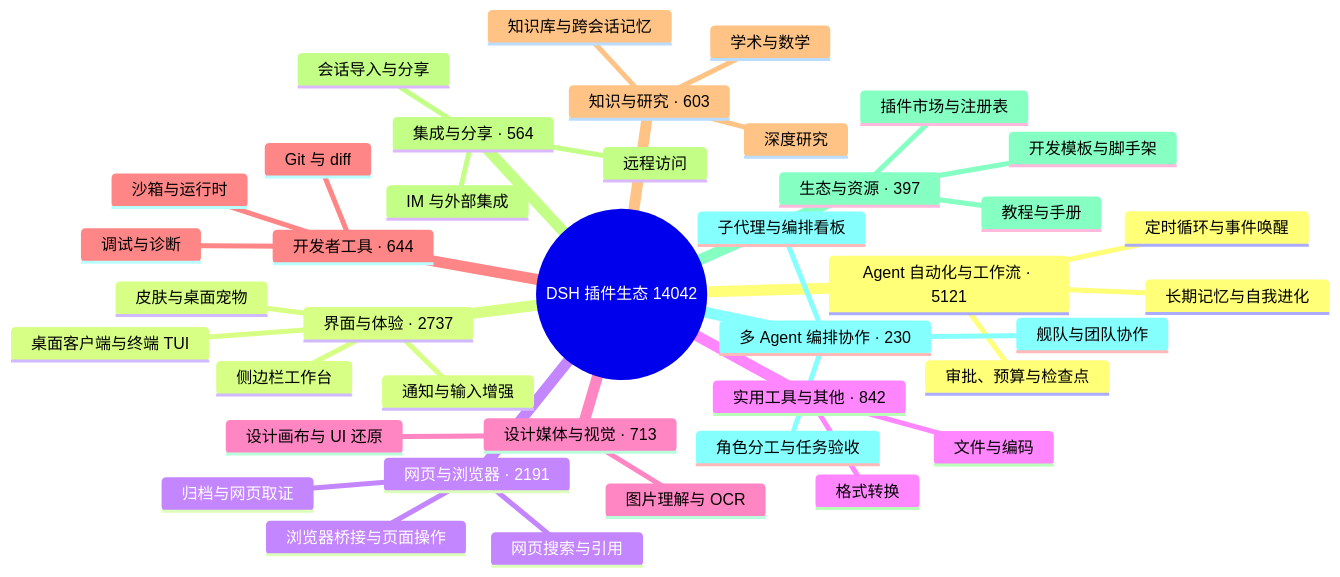
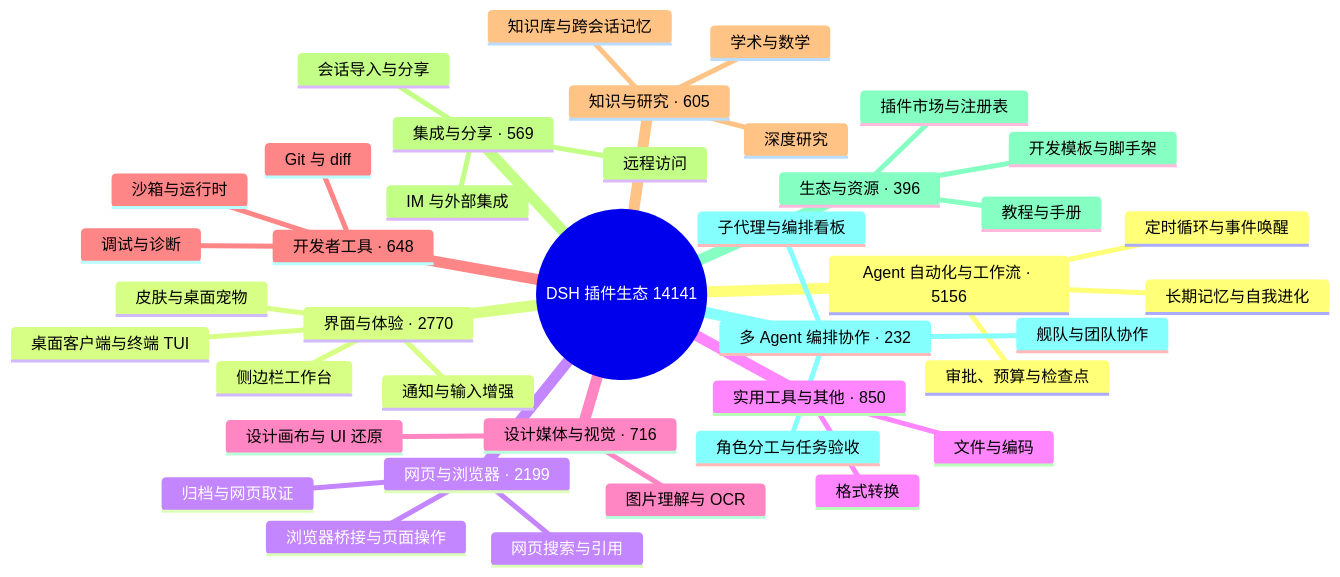
One commit to bruc3van/awesome-dsh-plugin changed the diagram in README.md. Above: the diagram before and after it, drawn with Mermaid. The commit also changed other lines of this file and 21 other files, not shown here.

````diff
--- a/README.md
+++ b/README.md
@@ -16,43 +16,43 @@
 ```mermaid
 mindmap
-  root((DSH 插件生态 14042))
-    Agent 自动化与工作流 · 5121
+  root((DSH 插件生态 14141))
+    Agent 自动化与工作流 · 5156
       定时循环与事件唤醒
       长期记忆与自我进化
       审批、预算与检查点
-    界面与体验 · 2737
+    界面与体验 · 2770
       桌面客户端与终端 TUI
       侧边栏工作台
       皮肤与桌面宠物
       通知与输入增强
-    网页与浏览器 · 2191
+    网页与浏览器 · 2199
       浏览器桥接与页面操作
       网页搜索与引用
       归档与网页取证
-    实用工具与其他 · 842
+    实用工具与其他 · 850
       文件与编码
       格式转换
-    设计媒体与视觉 · 713
+    设计媒体与视觉 · 716
       图片理解与 OCR
       设计画布与 UI 还原
-    开发者工具 · 644
+    开发者工具 · 648
       Git 与 diff
       沙箱与运行时
       调试与诊断
-    知识与研究 · 603
+    知识与研究 · 605
       知识库与跨会话记忆
       深度研究
       学术与数学
-    集成与分享 · 564
+    集成与分享 · 569
       会话导入与分享
       远程访问
       IM 与外部集成
-    生态与资源 · 397
+    生态与资源 · 396
       插件市场与注册表
       开发模板与脚手架
       教程与手册
-    多 Agent 编排协作 · 230
+    多 Agent 编排协作 · 232
       子代理与编排看板
       舰队与团队协作
       角色分工与任务验收
 ```
````
